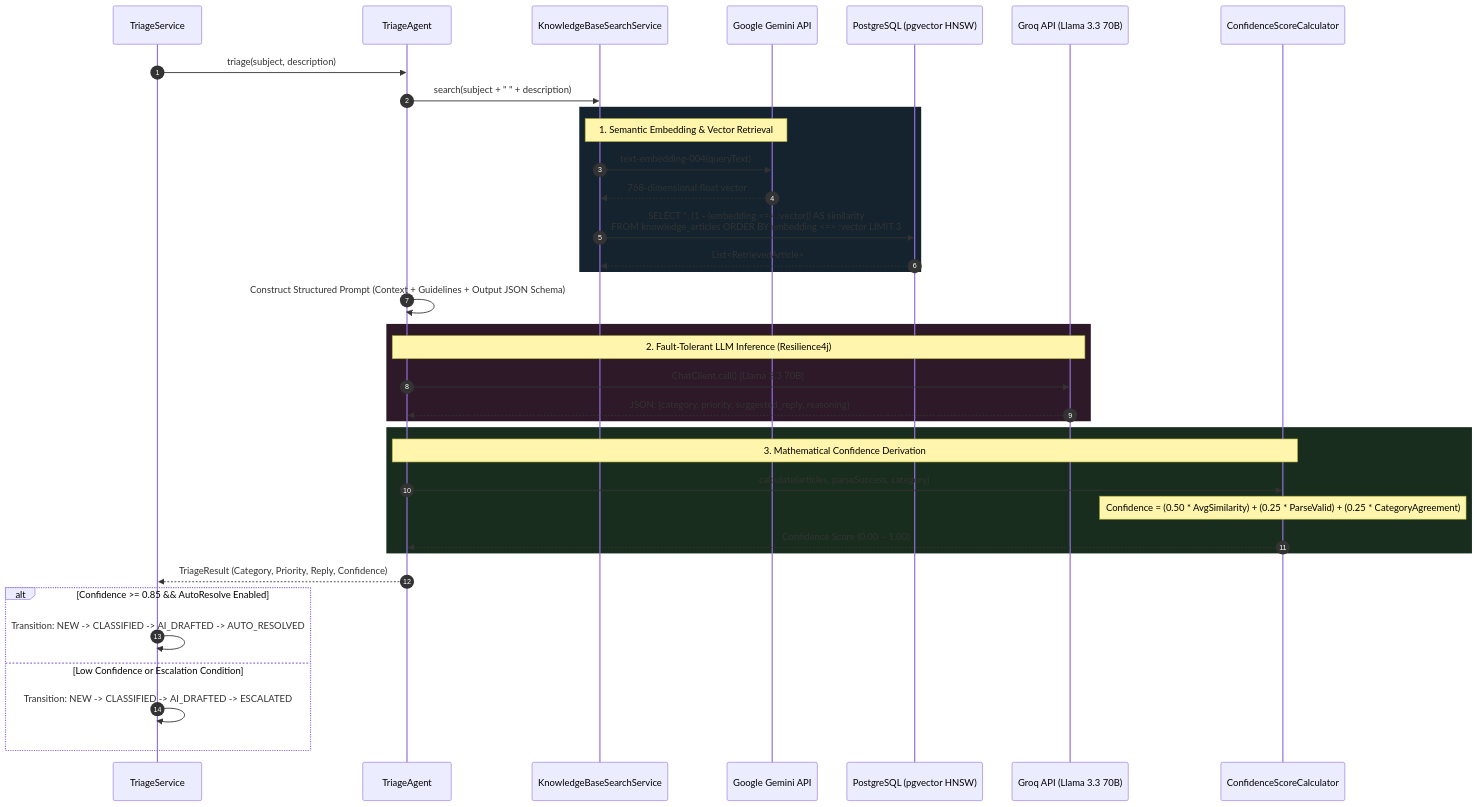
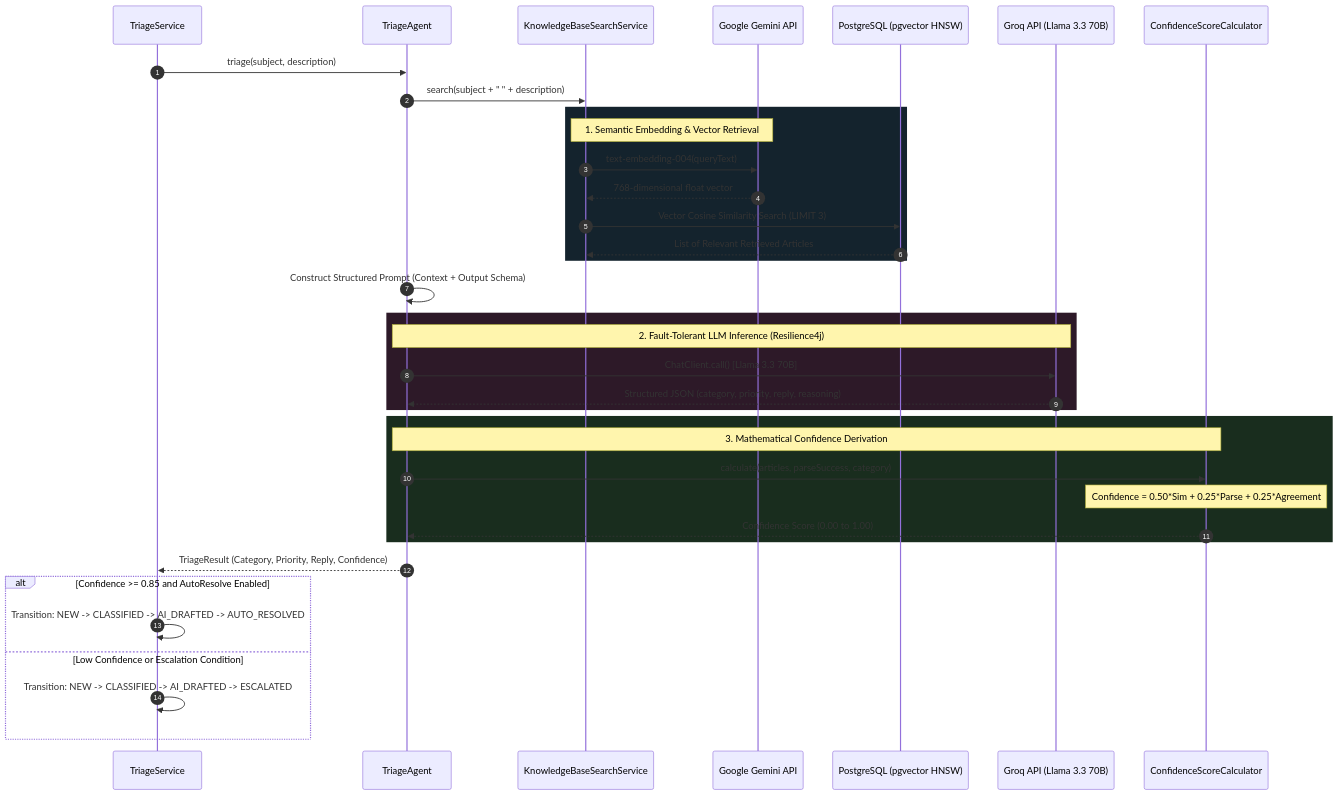
One commit to mavericaks/Nexus changed the third of 4 diagrams in README.md. Above: the diagram before and after it, drawn with Mermaid. The commit also changed other lines of this file and 1 other file, not shown here.

Commit message:
docs: fix Mermaid diagram syntax for GitHub markdown rendering

````diff
--- a/README.md
+++ b/README.md
@@ -142,45 +142,45 @@
 ```mermaid
 sequenceDiagram
     autonumber
     participant TS as TriageService
     participant Agent as TriageAgent
     participant RAG as KnowledgeBaseSearchService
     participant Gemini as Google Gemini API
     participant PG as PostgreSQL (pgvector HNSW)
     participant Groq as Groq API (Llama 3.3 70B)
     participant Calc as ConfidenceScoreCalculator
 
     TS->>Agent: triage(subject, description)
     Agent->>RAG: search(subject + " " + description)
     
     rect rgb(20, 35, 45)
-        Note over RAG,Gemini: 1. Semantic Embedding & Vector Retrieval
+        Note over RAG, Gemini: 1. Semantic Embedding & Vector Retrieval
         RAG->>Gemini: text-embedding-004(queryText)
         Gemini-->>RAG: 768-dimensional float vector
-        RAG->>PG: SELECT *, (1 - (embedding <=> :vector)) AS similarity<br/>FROM knowledge_articles ORDER BY embedding <=> :vector LIMIT 3
-        PG-->>RAG: List<RetrievedArticle>
+        RAG->>PG: Vector Cosine Similarity Search (LIMIT 3)
+        PG-->>RAG: List of Relevant Retrieved Articles
     end
 
-    Agent->>Agent: Construct Structured Prompt (Context + Guidelines + Output JSON Schema)
+    Agent->>Agent: Construct Structured Prompt (Context + Output Schema)
     
     rect rgb(45, 25, 40)
-        Note over Agent,Groq: 2. Fault-Tolerant LLM Inference (Resilience4j)
+        Note over Agent, Groq: 2. Fault-Tolerant LLM Inference (Resilience4j)
         Agent->>Groq: ChatClient.call() [Llama 3.3 70B]
-        Groq-->>Agent: JSON: {category, priority, suggested_reply, reasoning}
+        Groq-->>Agent: Structured JSON (category, priority, reply, reasoning)
     end
 
     rect rgb(25, 45, 30)
-        Note over Agent,Calc: 3. Mathematical Confidence Derivation
+        Note over Agent, Calc: 3. Mathematical Confidence Derivation
         Agent->>Calc: calculate(articles, parseSuccess, category)
-        Note over Calc: Confidence = (0.50 * AvgSimilarity) + (0.25 * ParseValid) + (0.25 * CategoryAgreement)
-        Calc-->>Agent: Confidence Score (0.00 – 1.00)
+        Note over Calc: Confidence = 0.50*Sim + 0.25*Parse + 0.25*Agreement
+        Calc-->>Agent: Confidence Score (0.00 to 1.00)
     end
 
     Agent-->>TS: TriageResult (Category, Priority, Reply, Confidence)
 
-    alt Confidence >= 0.85 && AutoResolve Enabled
+    alt Confidence >= 0.85 and AutoResolve Enabled
         TS->>TS: Transition: NEW -> CLASSIFIED -> AI_DRAFTED -> AUTO_RESOLVED
     else Low Confidence or Escalation Condition
         TS->>TS: Transition: NEW -> CLASSIFIED -> AI_DRAFTED -> ESCALATED
     end
 ```
````
